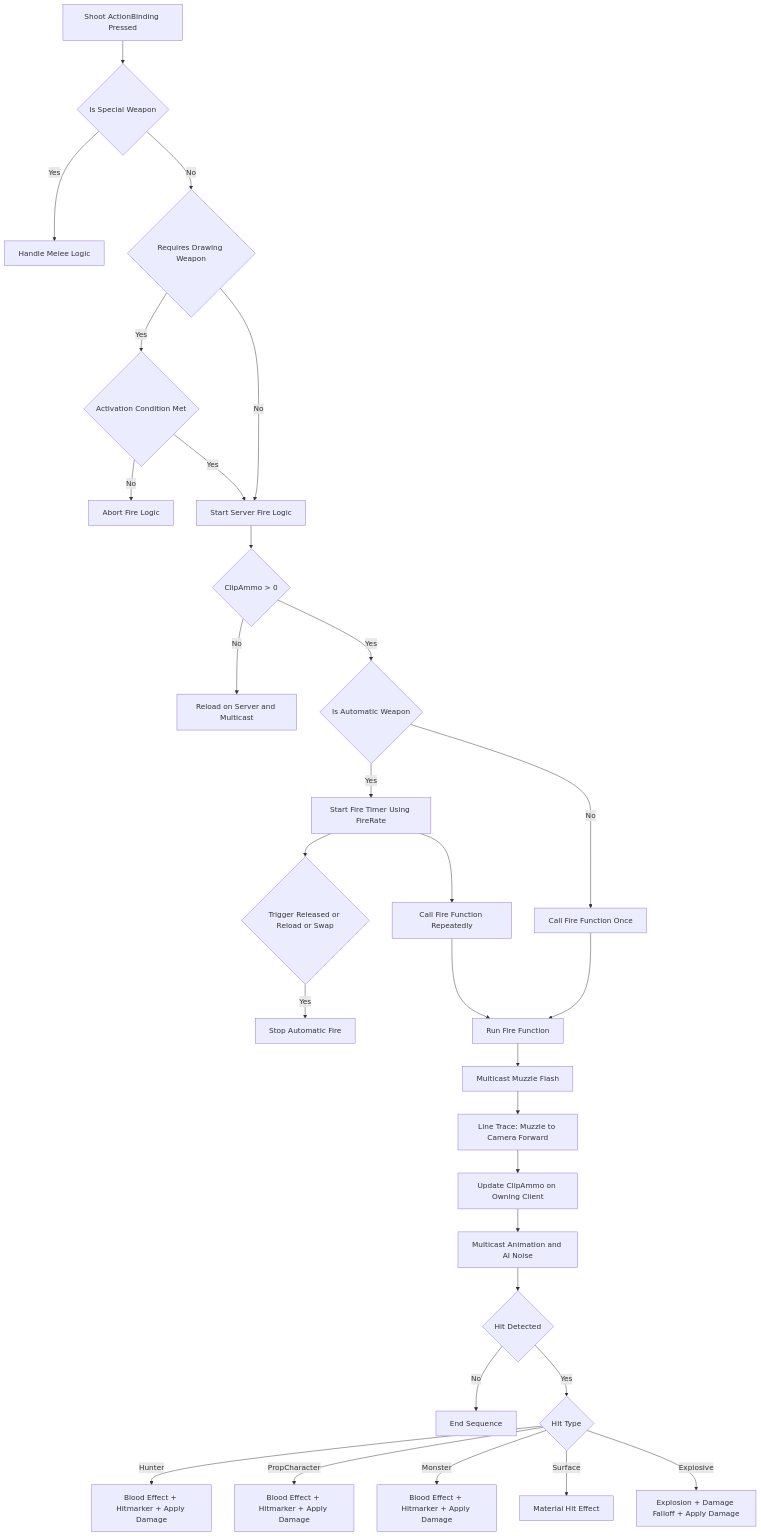
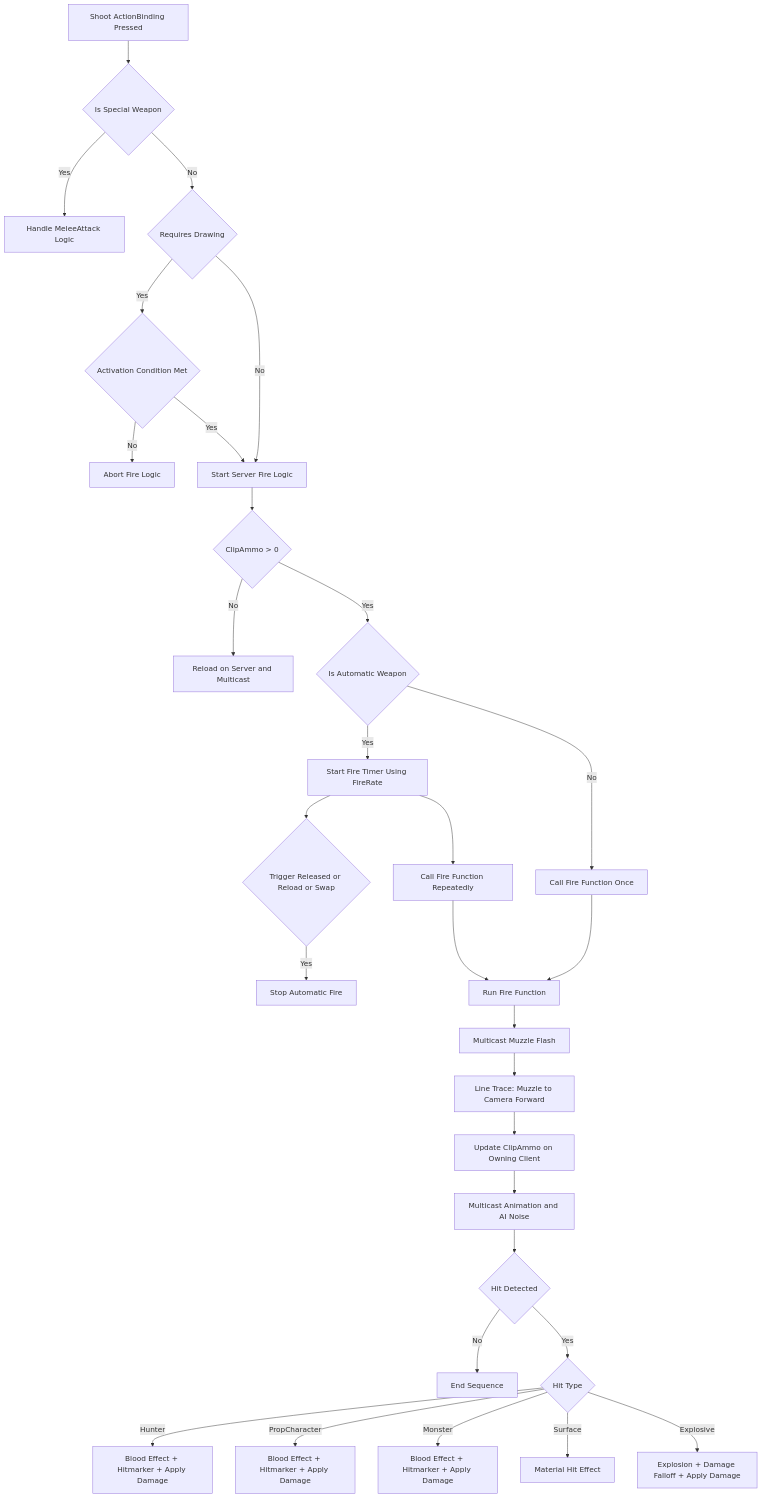
Before and after one commit to th-efool/TheHollowPact: the first of 4 diagrams in README.md, drawn with Mermaid.

````diff
--- a/README.md
+++ b/README.md
@@ -484,37 +484,37 @@
 ```mermaid
 flowchart TD
   A[Shoot ActionBinding Pressed] --> B{Is Special Weapon}
-  B -- Yes --> Z[Handle Melee Logic]
-  B -- No --> C{Requires Drawing Weapon}
+  B -- Yes --> Z[Handle MeleeAttack Logic]
+  B -- No --> C{Requires Drawing}
   C -- Yes --> D{Activation Condition Met}
   D -- No --> E[Abort Fire Logic]
   D -- Yes --> F[Start Server Fire Logic]
   C -- No --> F
 
   F --> G{ClipAmmo > 0}
   G -- No --> H[Reload on Server and Multicast]
   G -- Yes --> I{Is Automatic Weapon}
 
   I -- Yes --> J[Start Fire Timer Using FireRate]
   J --> K{Trigger Released or Reload or Swap}
   K -- Yes --> L[Stop Automatic Fire]
   J --> M[Call Fire Function Repeatedly]
 
   I -- No --> N[Call Fire Function Once]
 
   M --> O[Run Fire Function]
   N --> O
 
   O --> P[Multicast Muzzle Flash]
   P --> Q[Line Trace: Muzzle to Camera Forward]
   Q --> R[Update ClipAmmo on Owning Client]
   R --> S[Multicast Animation and AI Noise]
   S --> T{Hit Detected}
   T -- No --> U[End Sequence]
   T -- Yes --> V{Hit Type}
   V -- Hunter --> W[Blood Effect + Hitmarker + Apply Damage]
   V -- PropCharacter --> X[Blood Effect + Hitmarker + Apply Damage]
   V -- Monster --> Y[Blood Effect + Hitmarker + Apply Damage]
   V -- Surface --> Z1[Material Hit Effect]
   V -- Explosive --> Z2[Explosion + Damage Falloff + Apply Damage]
 ```
````
